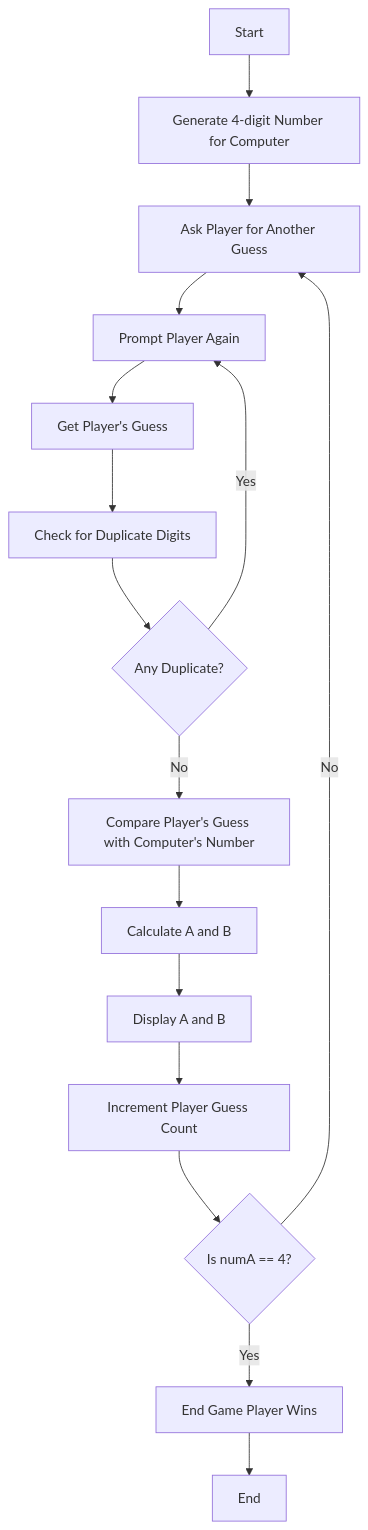
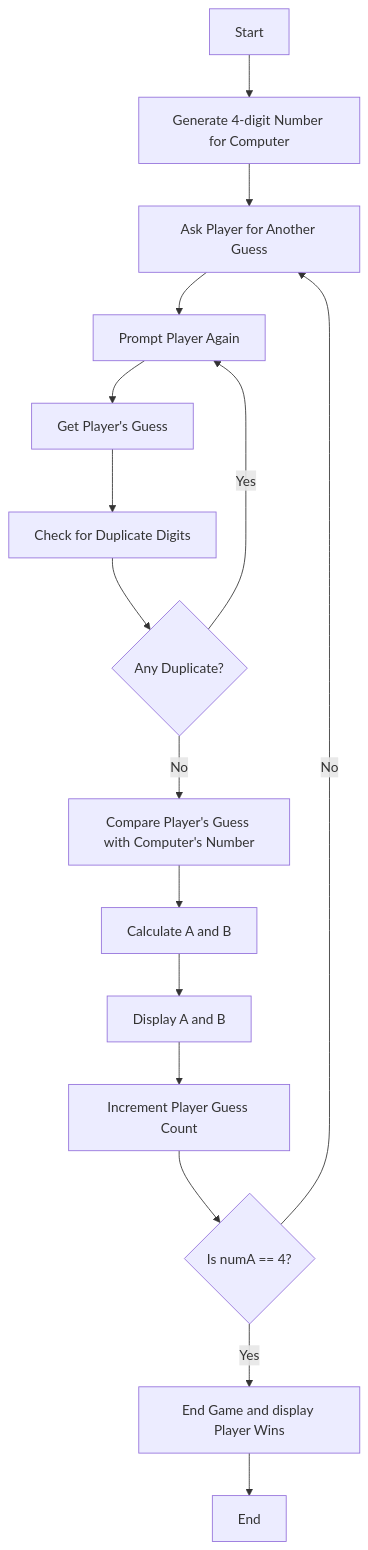
The third of 3 diagrams in README.md (CHUN983/1A2B), drawn with Mermaid before and after one commit. The commit also changed other lines of this file, not shown here.

````diff
--- a/README.md
+++ b/README.md
@@ -120,23 +120,23 @@
 ```mermaid
 
 flowchart TD
     A[Start] --> B[Generate 4-digit Number for Computer]
     B --> C[Set check = 0]
     C --> D[Ask Player to Input Guess]
     D --> E[Get Player's Guess]
     E --> F[Check for Duplicate Digits]
     F --> G{Any Duplicate?}
     G -- Yes --> D[Prompt Player Again]
     G -- No --> H[Compare Player's Guess with Computer's Number]
     H --> I[Calculate A and B]
     I --> J[Display A and B]
     J --> K[Increment Player Guess Count]
     K --> L{Is numA == 4?}
-    L -- Yes --> M[End Game Player Wins]
+    L -- Yes --> M[End Game and display Player Wins]
     L -- No --> C[Ask Player for Another Guess]
     M --> N[End]
 
 
 
 
 ```
````
